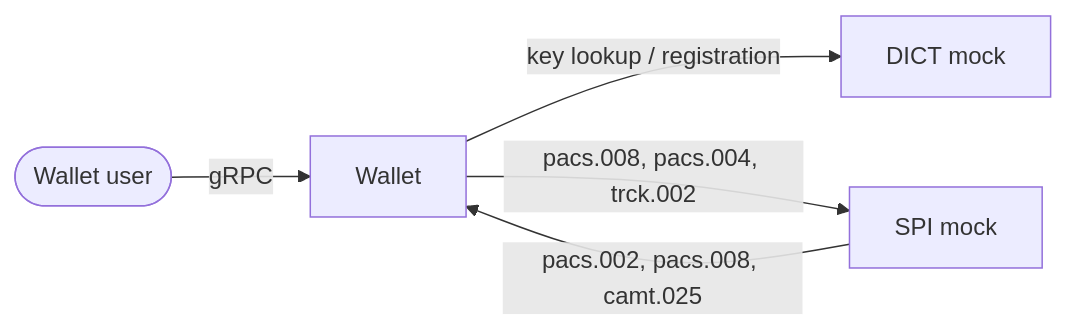
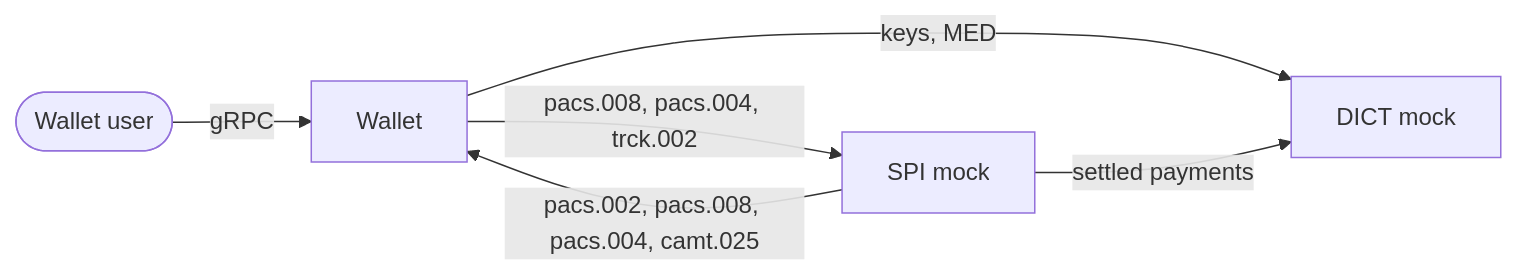
One commit to piovani/pix_fake changed the diagram in README.md. Above: the diagram before and after it, drawn with Mermaid. The commit also changed other lines of this file and 6 other files, not shown here.

````diff
--- a/README.md
+++ b/README.md
@@ -27,7 +28,8 @@
 ```mermaid
 flowchart LR
     User([Wallet user]) -- gRPC --> Wallet
-    Wallet -- "key lookup / registration" --> DICT["DICT mock"]
+    Wallet -- "keys, MED" --> DICT["DICT mock"]
     Wallet -- "pacs.008, pacs.004, trck.002" --> SPI["SPI mock"]
-    SPI -- "pacs.002, pacs.008, camt.025" --> Wallet
+    SPI -- "pacs.002, pacs.008, pacs.004, camt.025" --> Wallet
+    SPI -- "settled payments" --> DICT
 ```
````
